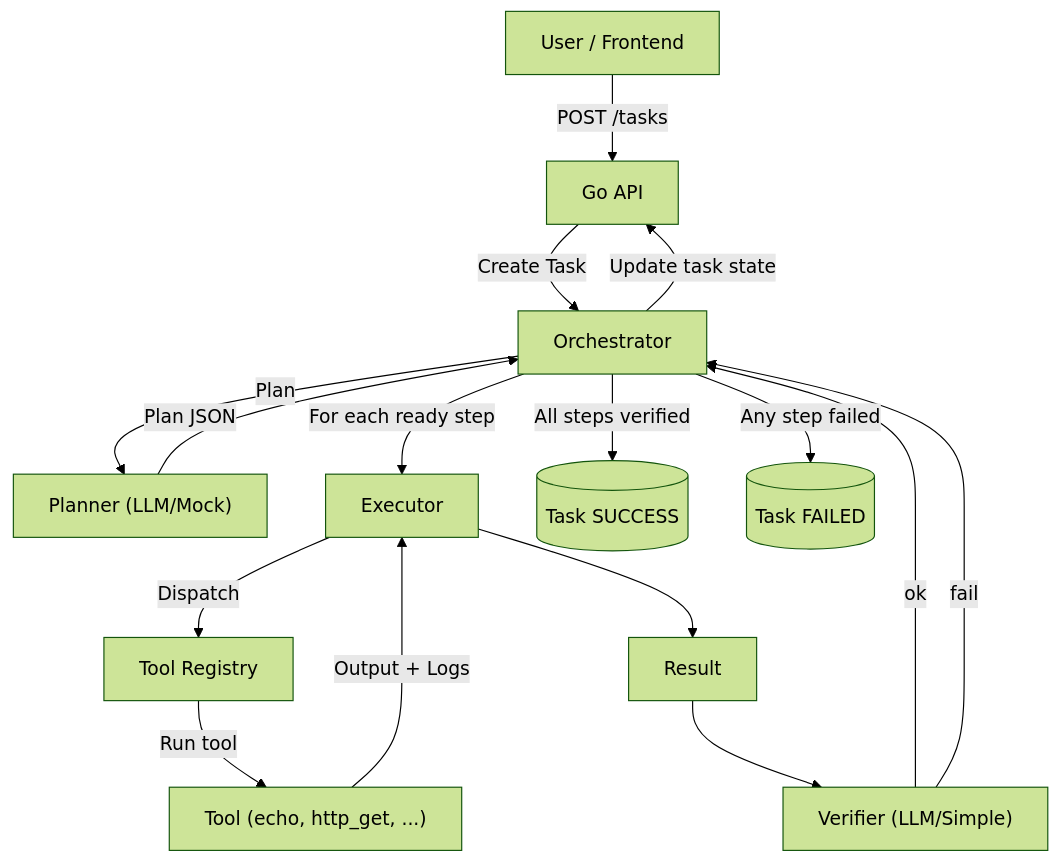
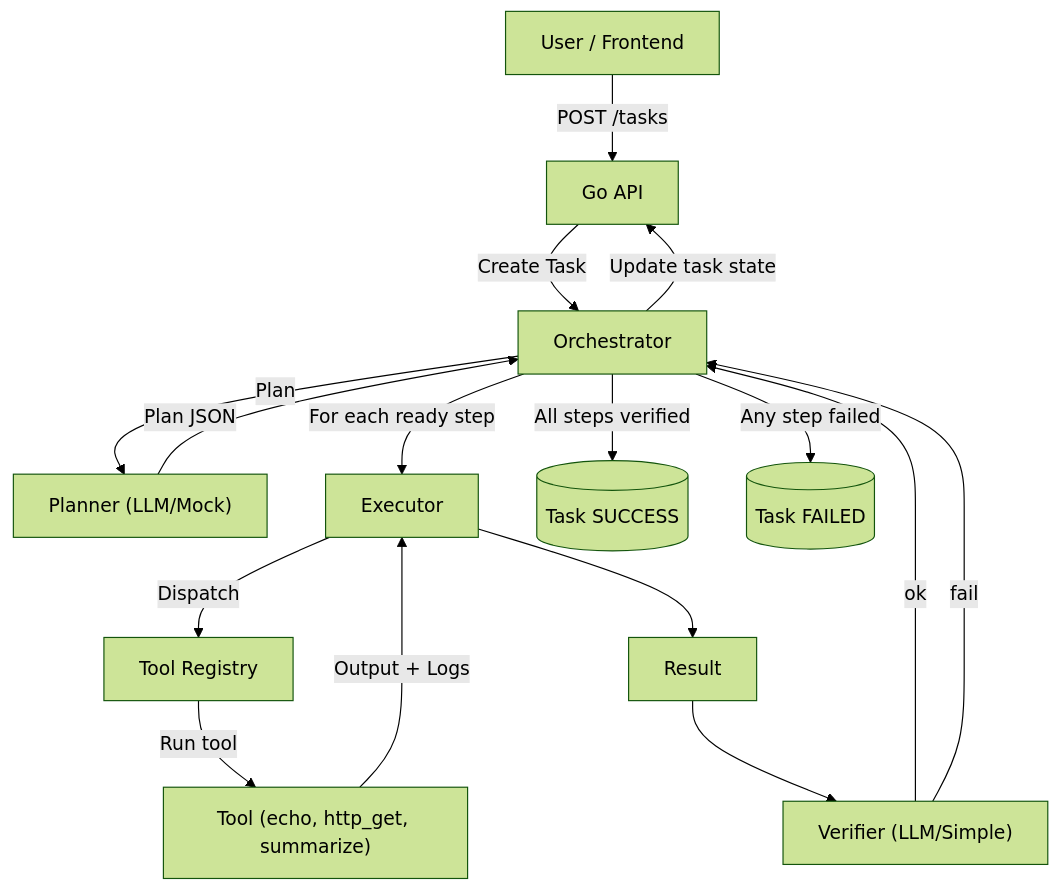
One commit to SiddharthSSR/ensemble changed the diagram in README.md. Above: the diagram before and after it, drawn with Mermaid (forest theme). The commit also changed other lines of this file and 10 other files, not shown here.

Commit message:
feat(tool+exec): add LLM-backed summarize tool; enable {{step:ID.output}} input substitution; update planner prompt and docs; implement GenerateText across providers

````diff
--- a/README.md
+++ b/README.md
@@ -7,18 +7,18 @@
 ```mermaid
 flowchart TD
   U["User / Frontend"] -->|POST /tasks| API["Go API"]
   API -->|Create Task| ORCH["Orchestrator"]
   ORCH -->|Plan| PL["Planner (LLM/Mock)"]
   PL -->|Plan JSON| ORCH
   ORCH -->|For each ready step| EXE["Executor"]
   EXE -->|Dispatch| REG["Tool Registry"]
-  REG -->|Run tool| TOOL["Tool (echo, http_get, ...)"]
+  REG -->|Run tool| TOOL["Tool (echo, http_get, summarize)"]
   TOOL -->|Output + Logs| EXE
   EXE --> RES["Result"]
   RES --> VER["Verifier (LLM/Simple)"]
   VER -->|ok| ORCH
   VER -->|fail| ORCH
   ORCH -->|Update task state| API
   ORCH -->|All steps verified| DONE[(Task SUCCESS)]
   ORCH -->|Any step failed| FAIL[(Task FAILED)]
 ```
````
